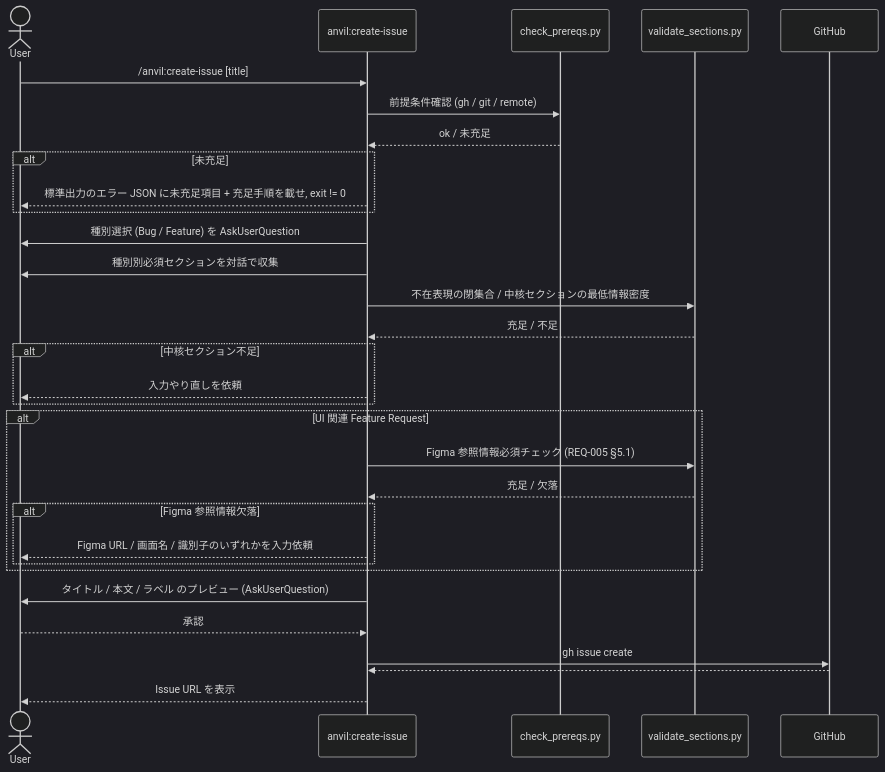
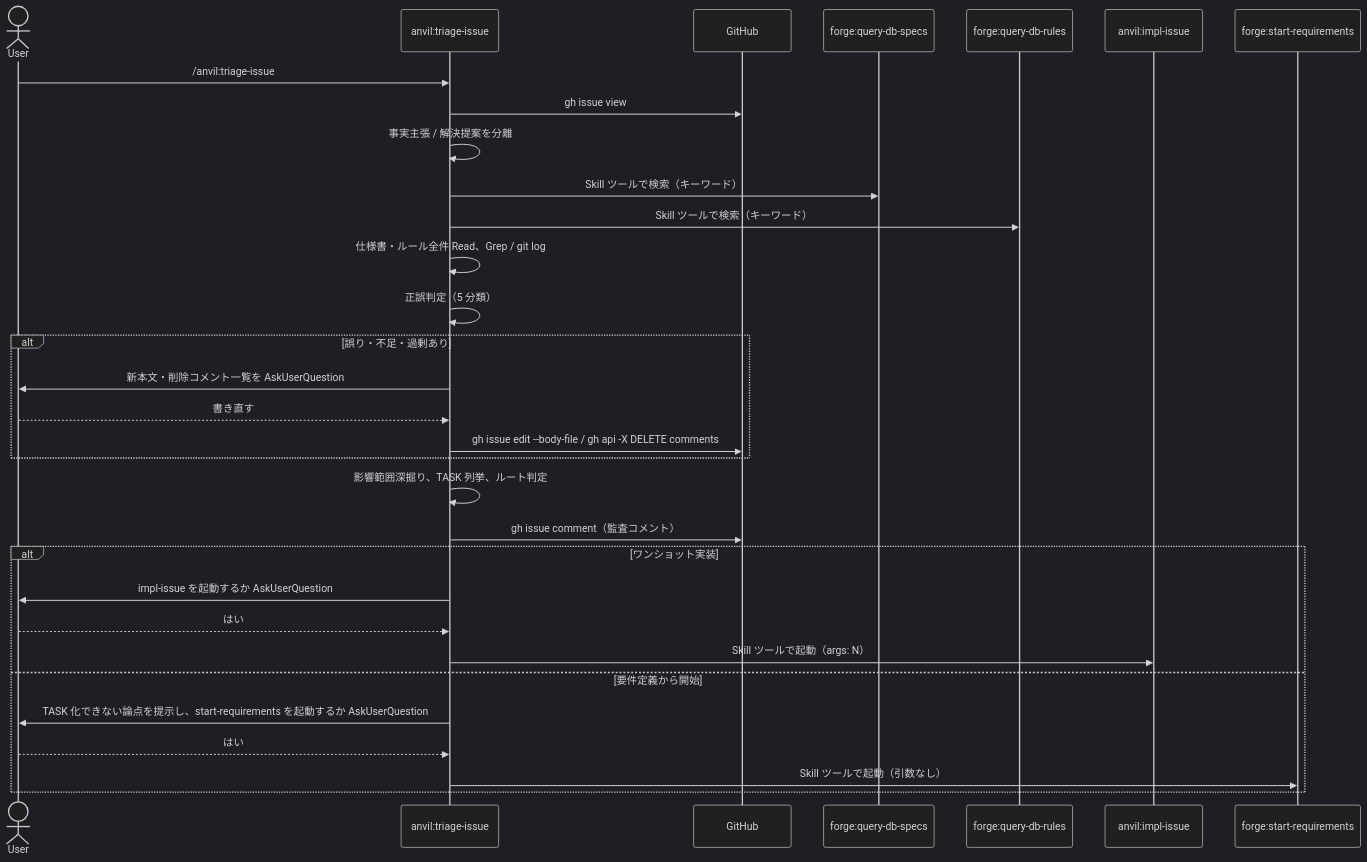
The second of 4 diagrams in docs/specs/anvil/design/DES-025_issue_driven_flow_design.md (BlueEventHorizon/bw-cc-plugins), drawn with Mermaid (dark theme) before and after one commit. The commit also changed other lines of this file and 18 other files, not shown here.

First line of the commit message:
docs(anvil): Issue 起点フローの仕様を REQ-005 / DES-025 に統合して現行実装に揃える

````diff
--- a/docs/specs/anvil/design/DES-025_issue_driven_flow_design.md
+++ b/docs/specs/anvil/design/DES-025_issue_driven_flow_design.md
@@ -212,33 +168,33 @@
 ```mermaid
 sequenceDiagram
     actor User
-    participant CI as anvil:create-issue
-    participant Pre as check_prereqs.py
-    participant Val as validate_sections.py
+    participant TI as anvil:triage-issue
     participant GH as GitHub
-    User ->> CI: /anvil:create-issue [title]
-    CI ->> Pre: 前提条件確認 (gh / git / remote)
-    Pre -->> CI: ok / 未充足
-    alt 未充足
-        CI -->> User: 標準出力のエラー JSON に未充足項目 + 充足手順を載せ, exit != 0
+    participant QS as forge:query-db-specs
+    participant QR as forge:query-db-rules
+    participant II as anvil:impl-issue
+    participant SR as forge:start-requirements
+    User ->> TI: /anvil:triage-issue #N
+    TI ->> GH: gh issue view #N (--comments)
+    TI ->> TI: 事実主張 / 解決提案を分離
+    TI ->> QS: Skill ツールで検索（キーワード）
+    TI ->> QR: Skill ツールで検索（キーワード）
+    TI ->> TI: 仕様書・ルール全件 Read、Grep / git log
+    TI ->> TI: 正誤判定（5 分類）
+    alt 誤り・不足・過剰あり
+        TI ->> User: 新本文・削除コメント一覧を AskUserQuestion
+        User -->> TI: 書き直す
+        TI ->> GH: gh issue edit --body-file / gh api -X DELETE comments
     end
-    CI ->> User: 種別選択 (Bug / Feature) を AskUserQuestion
-    CI ->> User: 種別別必須セクションを対話で収集
-    CI ->> Val: 不在表現の閉集合 / 中核セクションの最低情報密度
-    Val -->> CI: 充足 / 不足
-    alt 中核セクション不足
-        CI -->> User: 入力やり直しを依頼
+    TI ->> TI: 影響範囲深掘り、TASK 列挙、ルート判定
+    TI ->> GH: gh issue comment（監査コメント）
+    alt ワンショット実装
+        TI ->> User: impl-issue を起動するか AskUserQuestion
+        User -->> TI: はい
+        TI ->> II: Skill ツールで起動（args: N）
+    else 要件定義から開始
+        TI ->> User: TASK 化できない論点を提示し、start-requirements を起動するか AskUserQuestion
+        User -->> TI: はい
+        TI ->> SR: Skill ツールで起動（引数なし）
     end
-    alt UI 関連 Feature Request
-        CI ->> Val: Figma 参照情報必須チェック (REQ-005 §5.1)
-        Val -->> CI: 充足 / 欠落
-        alt Figma 参照情報欠落
-            CI -->> User: Figma URL / 画面名 / 識別子のいずれかを入力依頼
-        end
-    end
-    CI ->> User: タイトル / 本文 / ラベル のプレビュー (AskUserQuestion)
-    User -->> CI: 承認
-    CI ->> GH: gh issue create
-    GH -->> CI: #N
-    CI -->> User: Issue URL を表示
 ```
````
